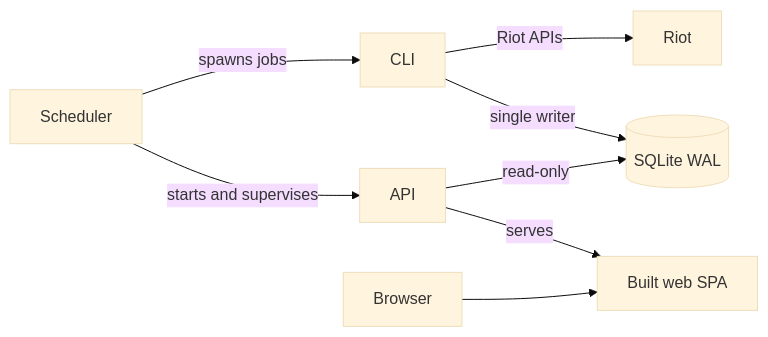
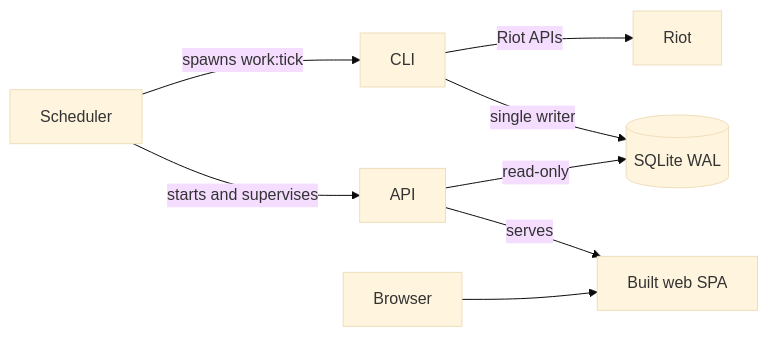
One commit to teyd/riotid changed the diagram in README.md. Above: the diagram before and after it, drawn with Mermaid (base theme). The commit also changed other lines of this file and 13 other files, not shown here.

Commit message:
refactor: move schedule policy into a cli work tick

````diff
--- a/README.md
+++ b/README.md
@@ -42,10 +42,10 @@
 ```mermaid
 flowchart LR
-  S[Scheduler] -->|spawns jobs| C[CLI]
+  S[Scheduler] -->|spawns work:tick| C[CLI]
   S -->|starts and supervises| A[API]
   C -->|Riot APIs| R[Riot]
   C -->|single writer| DB[(SQLite WAL)]
   A -->|read-only| DB
   A -->|serves| W[Built web SPA]
   U[Browser] --> W
 ```
````
